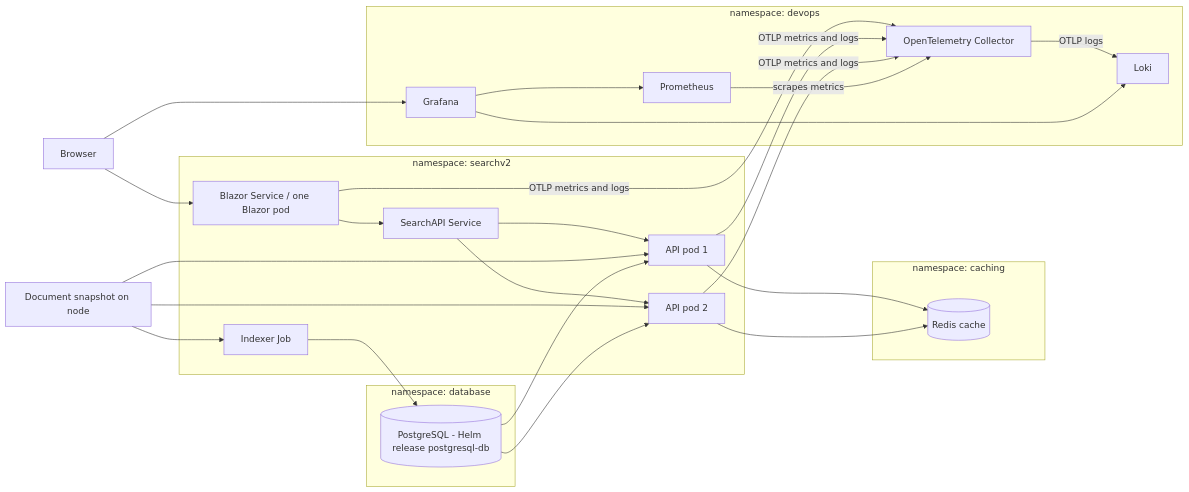
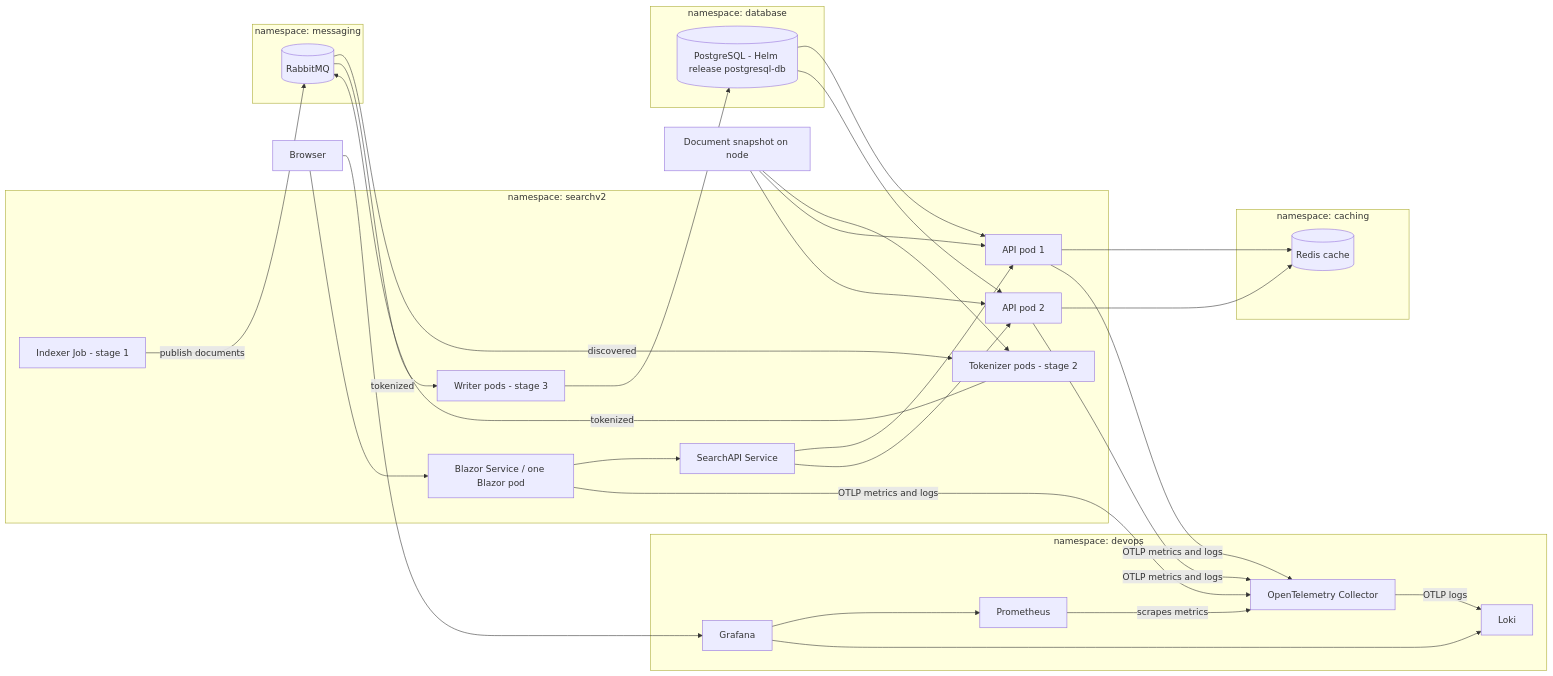
Before and after one commit to searchv2/searchv2: the diagram in k8s/README.md, drawn with Mermaid. The commit also changed other lines of this file and 21 other files, not shown here.

Commit message:
Add the indexing pipeline: RabbitMQ, tokenizer and writer workers, alerts, docs and measurements

````diff
--- a/k8s/README.md
+++ b/k8s/README.md
@@ -45,42 +47,51 @@
 ```mermaid
 flowchart LR
     subgraph searchv2 [namespace: searchv2]
         UI[Blazor Service / one Blazor pod]
         API[SearchAPI Service]
         A[API pod 1]
         B[API pod 2]
-        Job[Indexer Job]
+        Job[Indexer Job - stage 1]
+        Tok[Tokenizer pods - stage 2]
+        Wri[Writer pods - stage 3]
+    end
+    subgraph messaging [namespace: messaging]
+        MQ[(RabbitMQ)]
     end
     subgraph caching [namespace: caching]
         Cache[(Redis cache)]
     end
     subgraph devops [namespace: devops]
         O[OpenTelemetry Collector]
         P[Prometheus]
         L[Loki]
         G[Grafana]
     end
     subgraph database [namespace: database]
         DB[(PostgreSQL - Helm release postgresql-db)]
     end
     Browser --> UI
     UI --> API
     API --> A
     API --> B
     A --> Cache
     B --> Cache
-    Job --> DB
-    Docs[Document snapshot on node] --> Job
+    Job -->|publish documents| MQ
+    MQ -->|discovered| Tok
+    Tok -->|tokenized| MQ
+    MQ -->|tokenized| Wri
+    Wri --> DB
+    Docs[Document snapshot on node] --> Tok
     Docs --> A
     Docs --> B
     DB --> A
     DB --> B
     UI -->|OTLP metrics and logs| O[OpenTelemetry Collector]
     A -->|OTLP metrics and logs| O
     B -->|OTLP metrics and logs| O
     P[Prometheus] -->|scrapes metrics| O
     O -->|OTLP logs| L[Loki]
     G[Grafana] --> P
     G --> L
     Browser --> G
 ```
````
